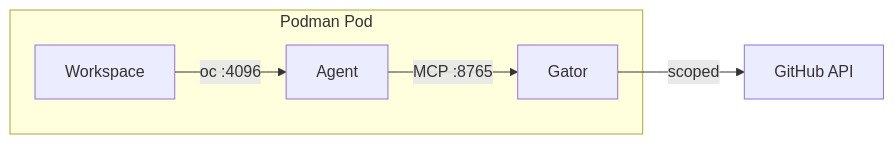
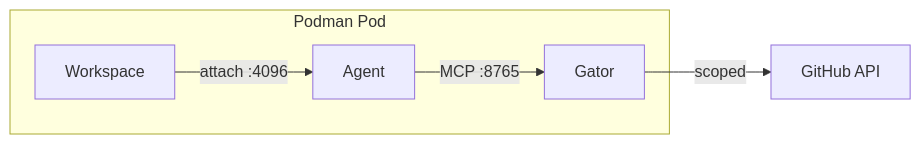
Before and after one commit to arewm/devaipod: the diagram in docs/src/intro.md, drawn with Mermaid. The commit also changed other lines of this file and 9 other files, not shown here.

````diff
--- a/docs/src/intro.md
+++ b/docs/src/intro.md
@@ -26,11 +26,11 @@
 ```mermaid
 flowchart LR
     subgraph pod[Podman Pod]
         workspace[Workspace]
         agent[Agent]
         gator[Gator]
     end
-    workspace -->|oc :4096| agent
+    workspace -->|attach :4096| agent
     agent -->|MCP :8765| gator
     gator -->|scoped| github[GitHub API]
 ```
````
